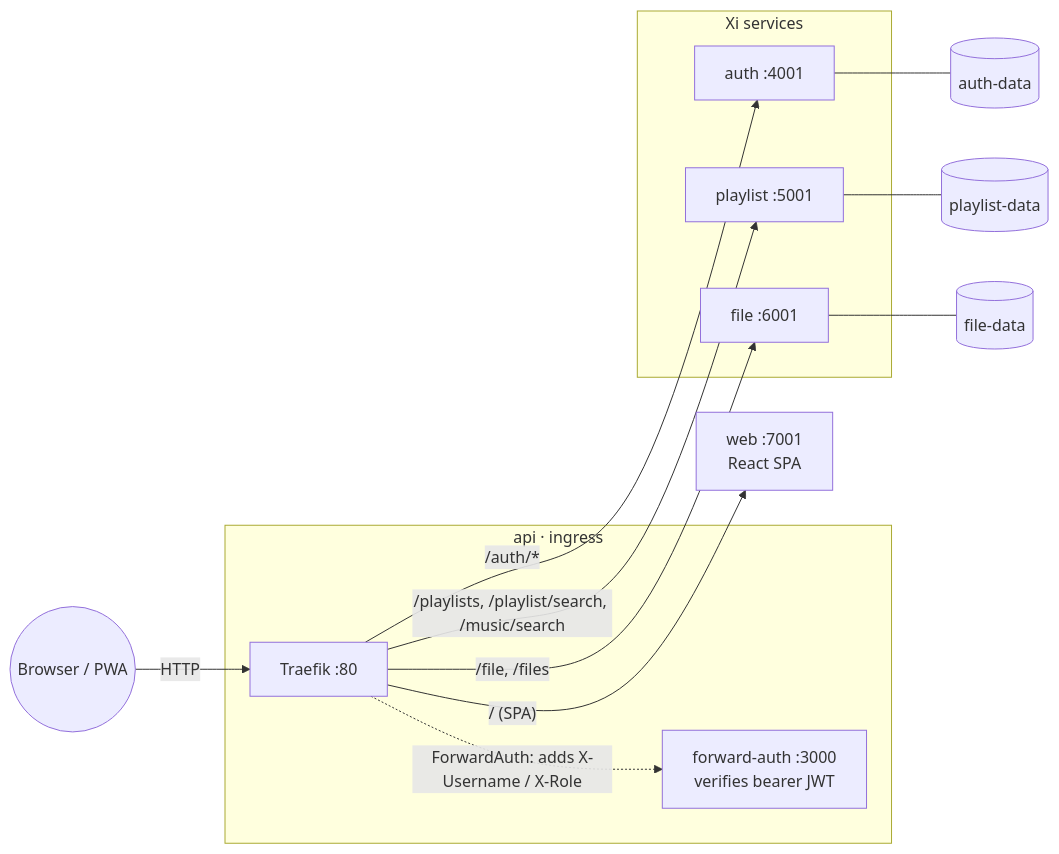
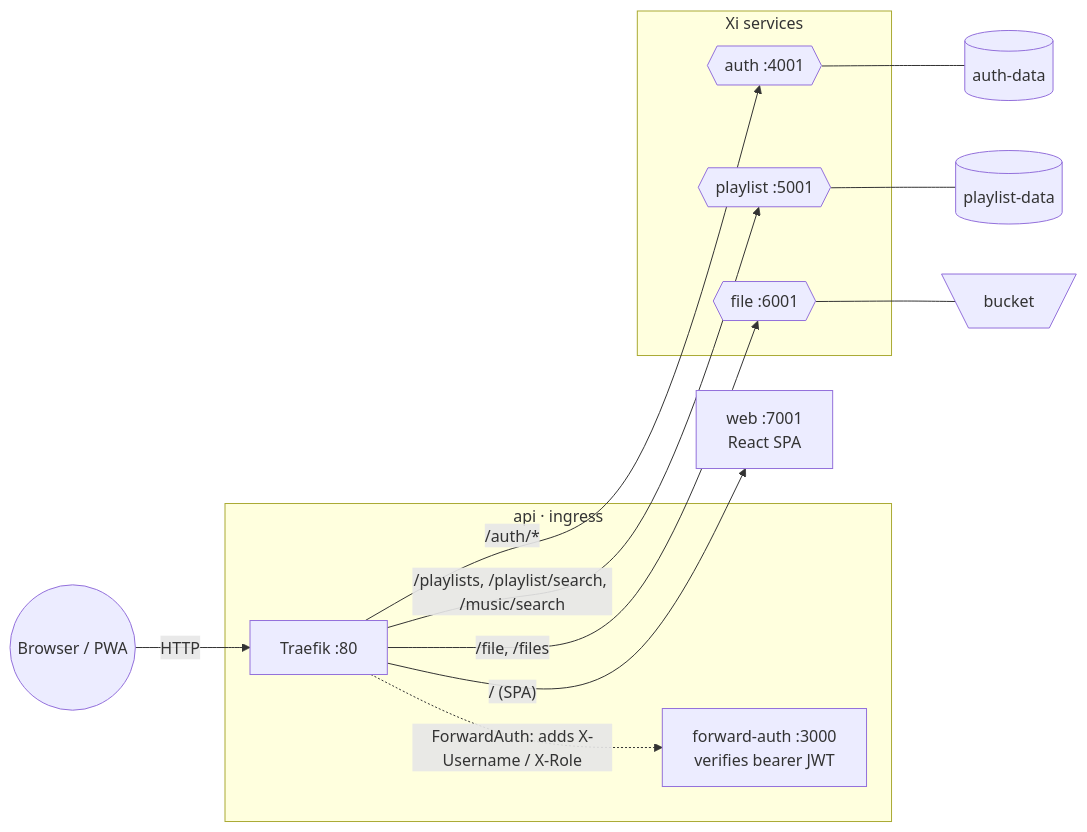
The diagram in README.md (code-by-sia/eXstream), drawn with Mermaid before and after one commit. The commit also changed 2 other files, not shown here.

Commit message:
refactor: use DI for seeder on auth and file service

````diff
--- a/README.md
+++ b/README.md
@@ -10,32 +10,32 @@
 ```mermaid
 flowchart LR
     Browser(("Browser / PWA"))
 
     subgraph ingress["api · ingress"]
         Traefik["Traefik :80"]
         ForwardAuth["forward-auth :3000<br/>verifies bearer JWT"]
     end
 
     subgraph services["Xi services"]
-        Auth["auth :4001"]
-        Playlist["playlist :5001"]
-        File["file :6001"]
+        Auth{{"auth :4001"}}
+        Playlist{{"playlist :5001"}}
+        File{{"file :6001"}}
     end
 
     Web["web :7001<br/>React SPA"]
 
     AuthData[("auth-data")]
     PlaylistData[("playlist-data")]
-    FileData[("file-data")]
+    FileData[\"bucket"/]
 
     Browser -->|"HTTP"| Traefik
     Traefik -->|"/ (SPA)"| Web
     Traefik -->|"/auth/*"| Auth
     Traefik -->|"/playlists, /playlist/search, /music/search"| Playlist
     Traefik -->|"/file, /files"| File
     Traefik -.->|"ForwardAuth: adds X-Username / X-Role"| ForwardAuth
 
     Auth --- AuthData
     Playlist --- PlaylistData
     File --- FileData
 ```
````
